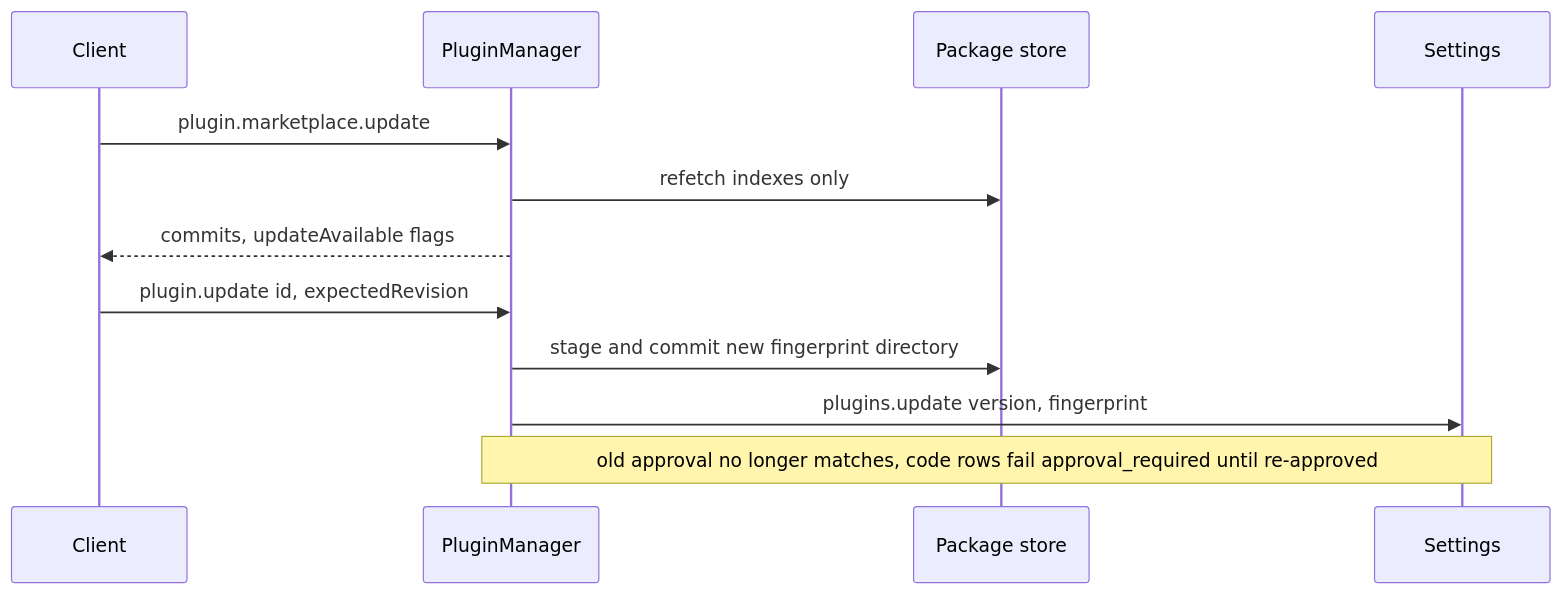
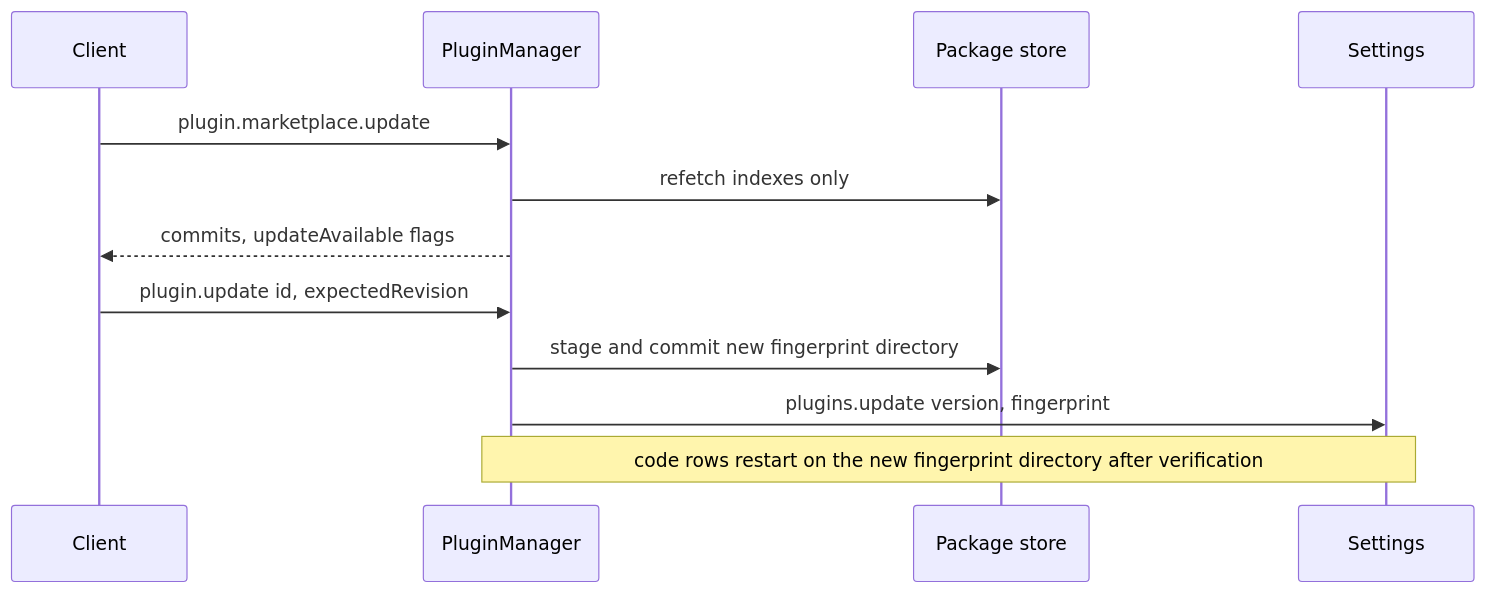
The fifth of 6 diagrams in docs/design/plugins/PluginManager.md (CoutinhoTTS/dim-agent), drawn with Mermaid before and after one commit. The commit also changed other lines of this file and 40 other files, not shown here.

````diff
--- a/docs/design/plugins/PluginManager.md
+++ b/docs/design/plugins/PluginManager.md
@@ -117,14 +112,14 @@
 ```mermaid
 sequenceDiagram
   participant C as Client
   participant PM as PluginManager
   participant PS as Package store
   participant S as Settings
   C->>PM: plugin.marketplace.update
   PM->>PS: refetch indexes only
   PM-->>C: commits, updateAvailable flags
   C->>PM: plugin.update id, expectedRevision
   PM->>PS: stage and commit new fingerprint directory
   PM->>S: plugins.update version, fingerprint
-  Note over PM,S: old approval no longer matches, code rows fail approval_required until re-approved
+  Note over PM,S: code rows restart on the new fingerprint directory after verification
 ```
````
